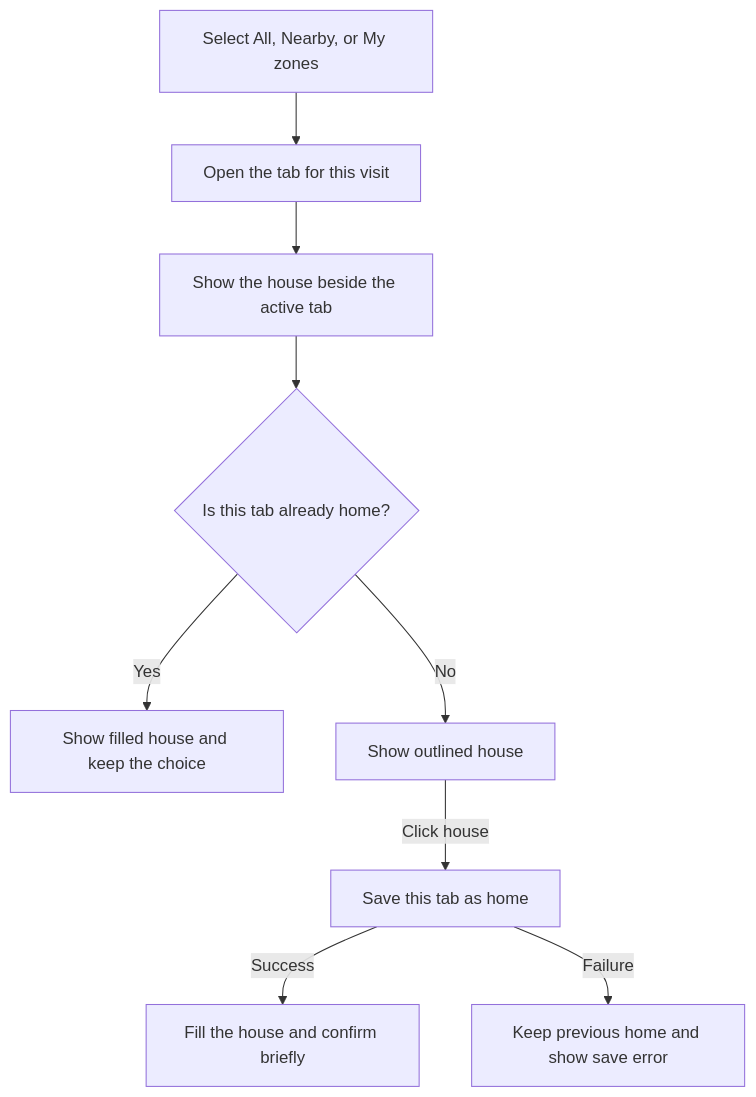
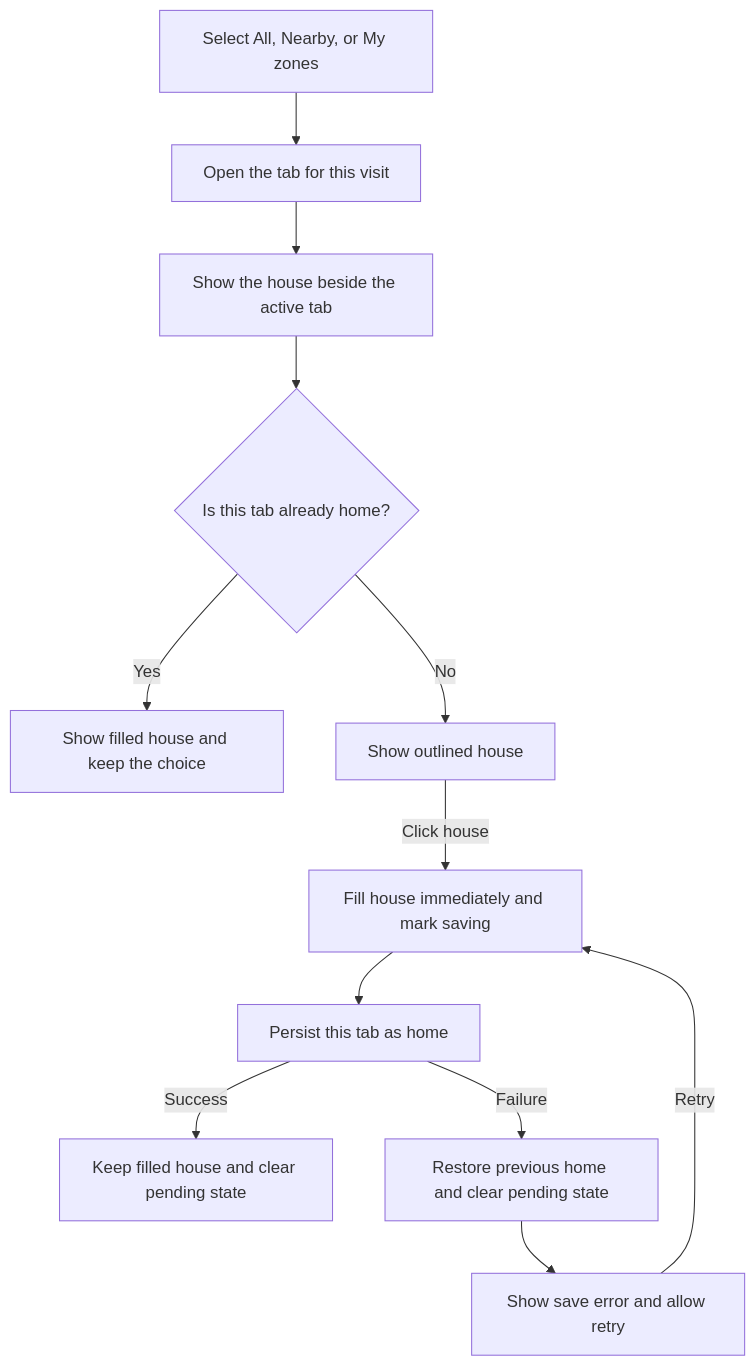
One commit to vbuch/oboapp changed the second of 4 diagrams in docs/ux/user-journeys.md. Above: the diagram before and after it, drawn with Mermaid. The commit also changed other lines of this file and 2 other files, not shown here.

Commit message:
docs(ux): clarify default home and optimistic save journey

````diff
--- a/docs/ux/user-journeys.md
+++ b/docs/ux/user-journeys.md
@@ -48,11 +60,14 @@
 ```mermaid
 flowchart TD
     Select[Select All, Nearby, or My zones] --> View[Open the tab for this visit]
     View --> House[Show the house beside the active tab]
     House --> Filled{Is this tab already home?}
     Filled -->|Yes| Keep[Show filled house and keep the choice]
     Filled -->|No| Outline[Show outlined house]
-    Outline -->|Click house| Save[Save this tab as home]
-    Save -->|Success| Confirm[Fill the house and confirm briefly]
-    Save -->|Failure| Retry[Keep previous home and show save error]
+    Outline -->|Click house| Pending[Fill house immediately and mark saving]
+    Pending --> Save[Persist this tab as home]
+    Save -->|Success| Confirm[Keep filled house and clear pending state]
+    Save -->|Failure| Revert[Restore previous home and clear pending state]
+    Revert --> Retry[Show save error and allow retry]
+    Retry -->|Retry| Pending
 ```
````
